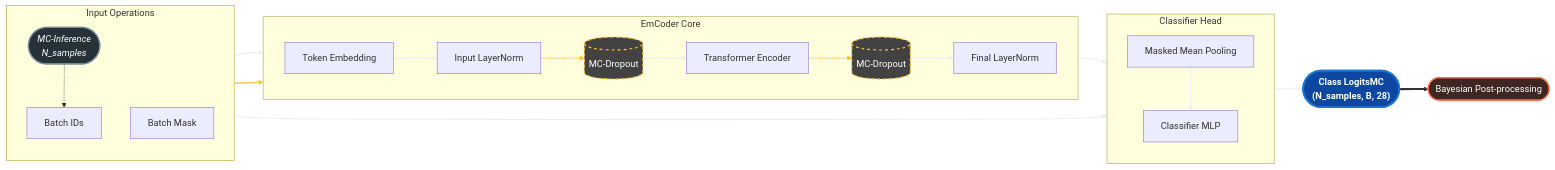
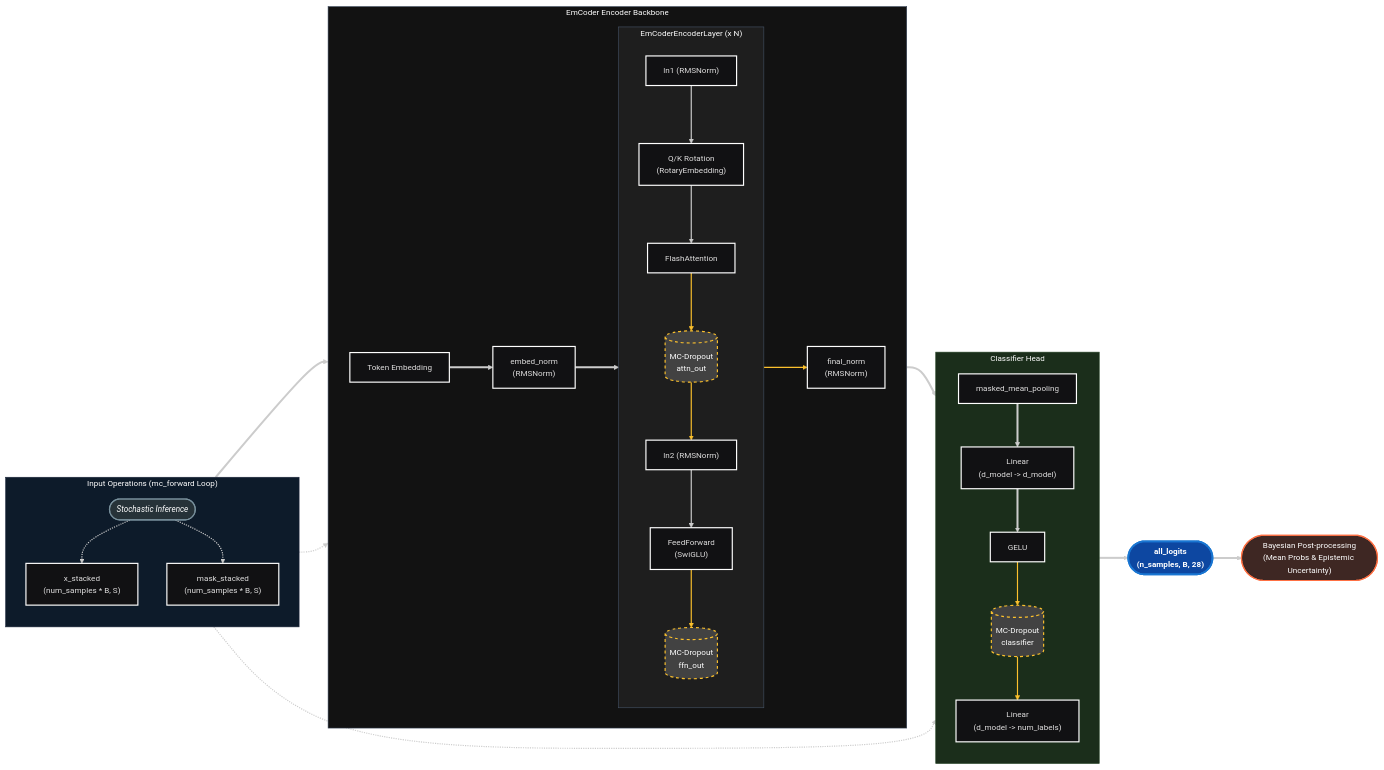
The first of 2 diagrams in README.md (yezdata/emcoder), drawn with Mermaid before and after one commit. The commit also changed other lines of this file and 9 other files, not shown here.

````diff
--- a/README.md
+++ b/README.md
@@ -82,49 +85,79 @@
 ```mermaid
+---
+config:
+  layout: fixed
+  theme: redux-dark
+---
 flowchart LR
-    subgraph InputGroup["Input Operations"]
-        direction TB
-        MCD_Loop(["MC-Inference 
-        N_samples"]):::LoopNode
-        ids["Batch IDs"]
-        mask["Batch Mask"]
-    end
+ subgraph InputGroup["Input Operations (mc_forward Loop)"]
+    direction TB
+        MCD_Loop(["Stochastic Inference"])
+        ids["x_stacked<br>(num_samples * B, S)"]
+        mask["mask_stacked<br>(num_samples * B, S)"]
+  end
+ subgraph Layer["EmCoderEncoderLayer (x N)"]
+    direction TB
+        ln1["ln1 (RMSNorm)"]
+        RoPE["Q/K Rotation<br>(RotaryEmbedding)"]
+        SDPA["FlashAttention<br>"]
+        attn_drop[("MC-Dropout<br>attn_out")]
+        ln2["ln2 (RMSNorm)"]
+        SwiGLU["FeedForward<br>(SwiGLU)"]
+        ffn_drop[("MC-Dropout<br>ffn_out")]
+  end
+ subgraph EmCoderCore["EmCoder Encoder Backbone"]
+    direction LR
+        tok_emb["Token Embedding"]
+        embed_norm["embed_norm<br>(RMSNorm)"]
+        Layer
+        final_norm["final_norm<br>(RMSNorm)"]
+  end
+ subgraph ClassifierHead["Classifier Head"]
+    direction TB
+        pool["masked_mean_pooling"]
+        MLP_Lin1["Linear<br>(d_model -&gt; d_model)"]
+        MLP_Act["GELU"]
+        MLP_Drop[("MC-Dropout<br>classifier")]
+        MLP_Out["Linear <br>(d_model -&gt; num_labels)"]
+  end
+    ln1 --> RoPE
+    RoPE --> SDPA
+    SDPA --> attn_drop
+    attn_drop ==> ln2
+    ln2 --> SwiGLU
+    SwiGLU --> ffn_drop
+    MCD_Loop -.-> ids & mask
+    ids ==> tok_emb
+    tok_emb ==> embed_norm
+    embed_norm ==> ln1
+    mask -.-> SDPA & pool
+    ffn_drop ==> final_norm
+    final_norm ==> pool
+    pool ==> MLP_Lin1
+    MLP_Lin1 ==> MLP_Act
+    MLP_Act ==> MLP_Drop
+    MLP_Drop ==> MLP_Out
+    MLP_Out ==> Out(["all_logits<br>(n_samples, B, 28)"])
+    Out ==> Avg(["Bayesian Post-processing<br>(Mean Probs &amp; Epistemic Uncertainty)"])
 
-    subgraph EmCoderCore["EmCoder Core"]
-        direction LR
-        tok_emb["Token Embedding"]
-        ln_in["Input LayerNorm"]
-        Transformer["Transformer Encoder"]
-        final_norm["Final LayerNorm"]
-        Dropout1[("MC-Dropout")]:::MCD
-        Dropout2[("MC-Dropout")]:::MCD
-    end
-
-    subgraph ClassifierHead["Classifier Head"]
-        direction TB
-        pool["Masked Mean Pooling"]
-        MLP["Classifier MLP"]
-    end
-
-    MCD_Loop -.-> ids
-    ids ==> tok_emb
-    tok_emb ==> ln_in
-    ln_in -.-> Dropout1
-    Dropout1 ==> Transformer
-    mask ==> Transformer
-    Transformer -.-> Dropout2
-    Dropout2 ==> final_norm
-    final_norm ==> pool
-    mask ==> pool
-    pool ==> MLP
-    MLP ==> Out(["Class LogitsMC
-    (N_samples, B, 28)"]):::OutNode
-    Out ==> Avg(["Bayesian Post-processing"]):::BayesNode
-
+     MCD_Loop:::LoopNode
+     attn_drop:::MCD
+     ffn_drop:::MCD
+     MLP_Drop:::MCD
+     Out:::OutNode
+     Avg:::BayesNode
     classDef MCD fill:#424242,stroke:#fbc02d,stroke-width:2px,stroke-dasharray: 5 5,color:#fff
     classDef OutNode fill:#0d47a1,stroke:#1976d2,stroke-width:3px,color:#fff,font-weight:bold
     classDef BayesNode fill:#3e2723,stroke:#ff7043,stroke-width:2px,color:#fff
     classDef LoopNode fill:#263238,stroke:#78909c,stroke-width:2px,color:#fff,font-style:italic
-    
-    linkStyle 1,2,4,7,8,9,10,11 stroke:#eceff1,stroke-width:2px
-    linkStyle 3,5,6 stroke:#fbc02d,stroke-width:2px
+    style Layer fill:#1e1e1e,stroke:#475569,stroke-width:1px,color:#fff
+    style InputGroup fill:#0d1b2a,stroke:#1b263b,stroke-width:1px,color:#fff
+    style EmCoderCore fill:#121212,stroke:#334155,stroke-width:1px,color:#fff
+    style ClassifierHead fill:#1b2e1b,stroke:#2d4a2d,stroke-width:1px,color:#fff
+    linkStyle 2 stroke:#fbc02d,stroke-width:2px,fill:none
+    linkStyle 3 stroke:#fbc02d,stroke-width:2px,fill:none
+    linkStyle 5 stroke:#fbc02d,stroke-width:2px,fill:none
+    linkStyle 13 stroke:#fbc02d,stroke-width:2px,fill:none
+    linkStyle 17 stroke:#fbc02d,stroke-width:2px,fill:none
+    linkStyle 18 stroke:#fbc02d,stroke-width:2px,fill:none
 ```
````
